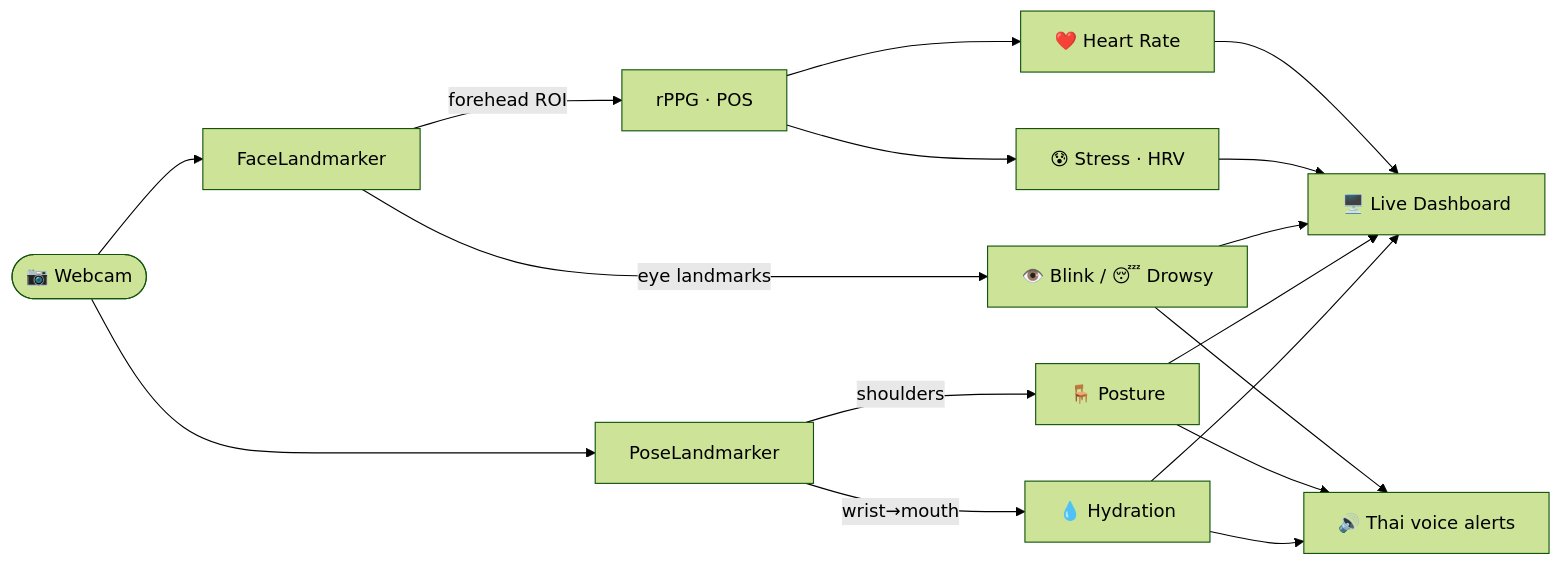
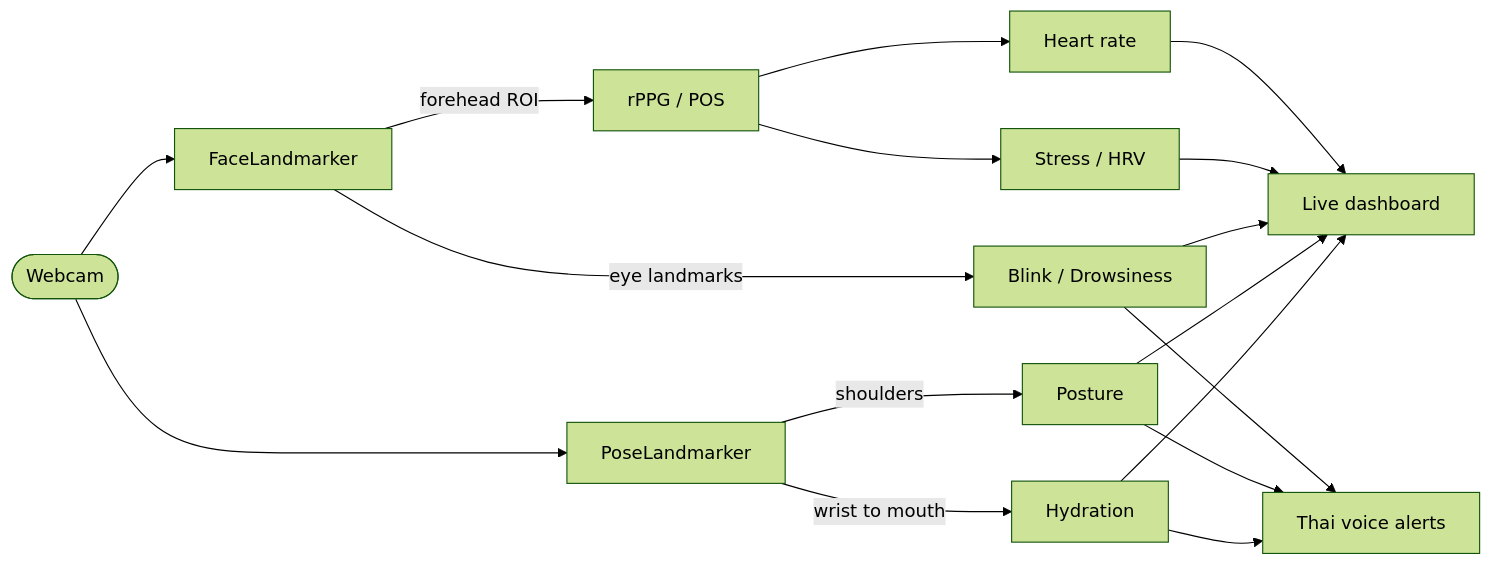
One commit to ksmaster03/claude-canfly_healthcam changed the diagram in README.md. Above: the diagram before and after it, drawn with Mermaid (forest theme). The commit also changed other lines of this file, not shown here.

````diff
--- a/README.md
+++ b/README.md
@@ -75,16 +81,16 @@
 ```mermaid
 flowchart LR
-    CAM([📷 Webcam]) --> FL[FaceLandmarker]
+    CAM([Webcam]) --> FL[FaceLandmarker]
     CAM --> PL[PoseLandmarker]
 
-    FL -->|forehead ROI| RPPG[rPPG · POS]
-    RPPG --> HR[❤️ Heart Rate]
-    RPPG --> HRV[😰 Stress · HRV]
-    FL -->|eye landmarks| EYE[👁️ Blink / 😴 Drowsy]
+    FL -->|forehead ROI| RPPG[rPPG / POS]
+    RPPG --> HR[Heart rate]
+    RPPG --> HRV[Stress / HRV]
+    FL -->|eye landmarks| EYE[Blink / Drowsiness]
 
-    PL -->|shoulders| POS[🪑 Posture]
-    PL -->|wrist→mouth| WAT[💧 Hydration]
+    PL -->|shoulders| POS[Posture]
+    PL -->|wrist to mouth| WAT[Hydration]
 
-    HR & HRV & EYE & POS & WAT --> DASH[🖥️ Live Dashboard]
-    EYE & POS & WAT --> VOICE[🔊 Thai voice alerts]
+    HR & HRV & EYE & POS & WAT --> DASH[Live dashboard]
+    EYE & POS & WAT --> VOICE[Thai voice alerts]
 ```
````
